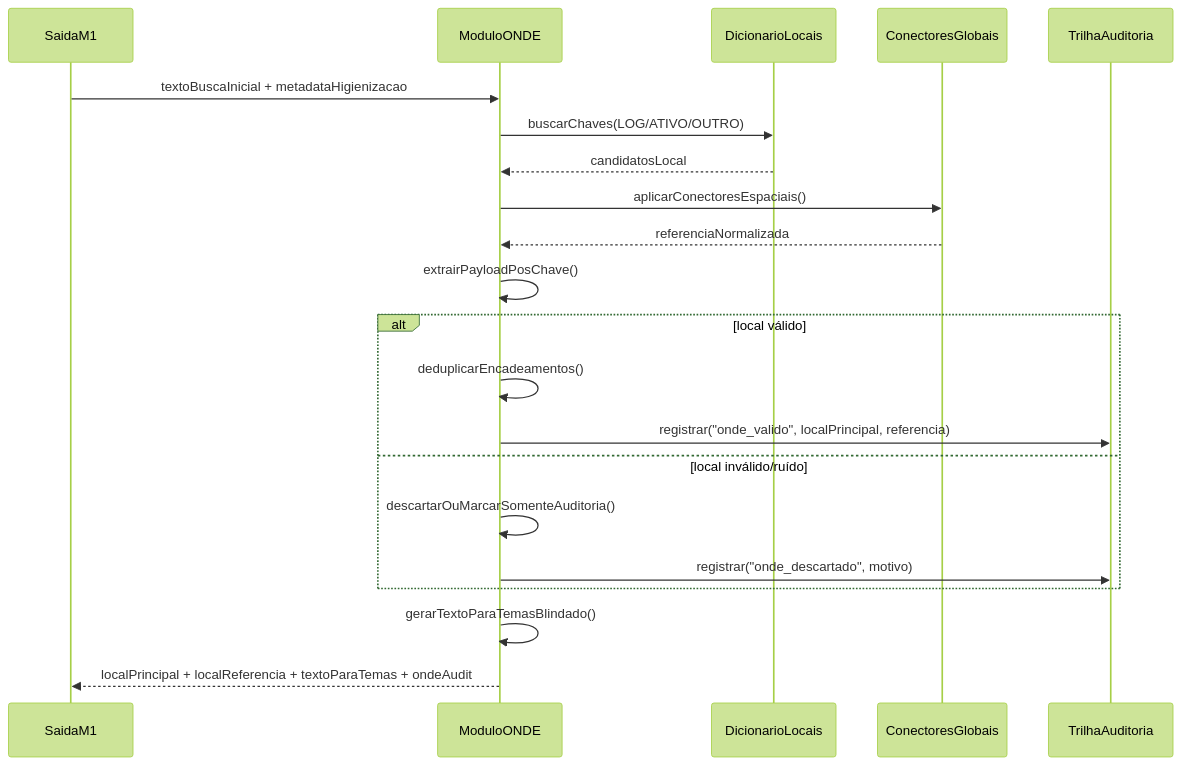
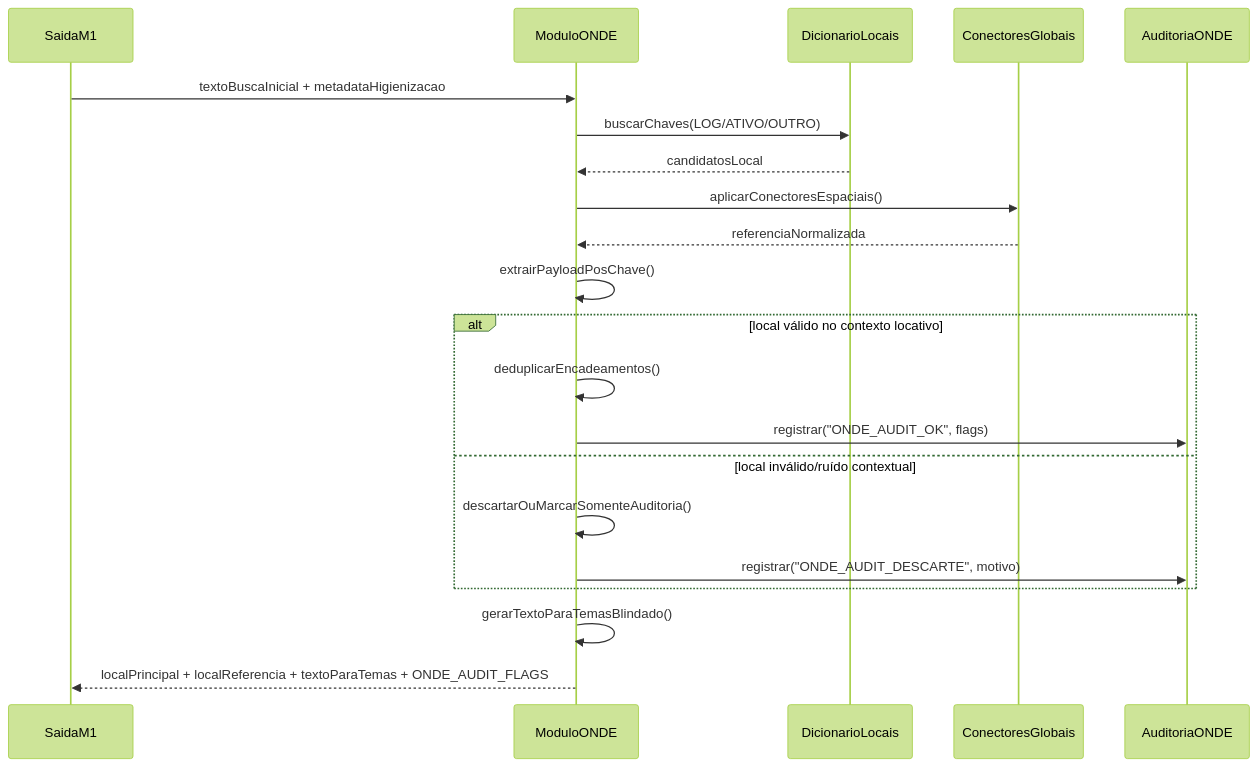
The diagram in apendice_tecnico/diagramas/M2M3_sequencia_onde.mmd (HeltonBr/TDE-Git), drawn with Mermaid (forest theme) before and after one commit. The commit also changed 6 other files, not shown here.

```diff
--- a/apendice_tecnico/diagramas/M2M3_sequencia_onde.mmd
+++ b/apendice_tecnico/diagramas/M2M3_sequencia_onde.mmd
@@ -1,24 +1,24 @@
 sequenceDiagram
     participant M1 as SaidaM1
     participant ONDE as ModuloONDE
     participant LOC as DicionarioLocais
     participant CG as ConectoresGlobais
-    participant AUD as TrilhaAuditoria
+    participant AUD as AuditoriaONDE
 
     M1->>ONDE: textoBuscaInicial + metadataHigienizacao
     ONDE->>LOC: buscarChaves(LOG/ATIVO/OUTRO)
     LOC-->>ONDE: candidatosLocal
     ONDE->>CG: aplicarConectoresEspaciais()
     CG-->>ONDE: referenciaNormalizada
     ONDE->>ONDE: extrairPayloadPosChave()
 
-    alt local válido
+    alt local válido no contexto locativo
       ONDE->>ONDE: deduplicarEncadeamentos()
-      ONDE->>AUD: registrar("onde_valido", localPrincipal, referencia)
-    else local inválido/ruído
+      ONDE->>AUD: registrar("ONDE_AUDIT_OK", flags)
+    else local inválido/ruído contextual
       ONDE->>ONDE: descartarOuMarcarSomenteAuditoria()
-      ONDE->>AUD: registrar("onde_descartado", motivo)
+      ONDE->>AUD: registrar("ONDE_AUDIT_DESCARTE", motivo)
     end
 
     ONDE->>ONDE: gerarTextoParaTemasBlindado()
-    ONDE-->>M1: localPrincipal + localReferencia + textoParaTemas + ondeAudit
+    ONDE-->>M1: localPrincipal + localReferencia + textoParaTemas + ONDE_AUDIT_FLAGS
```
